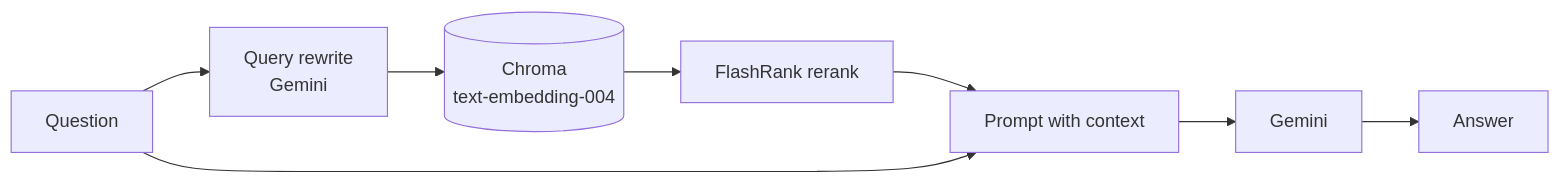
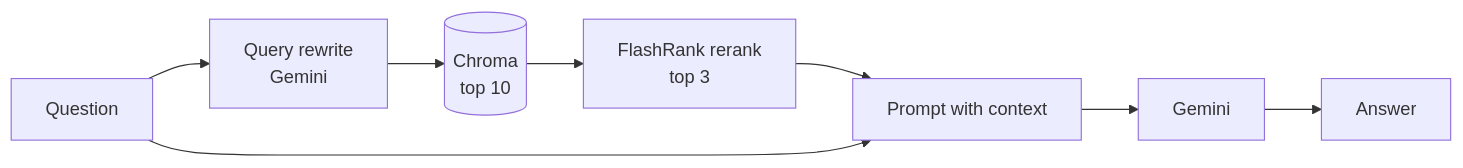
The diagram in README.md (musksah/generic-rag), drawn with Mermaid before and after one commit. The commit also changed other lines of this file and 17 other files, not shown here.

````diff
--- a/README.md
+++ b/README.md
@@ -19,9 +21,9 @@
 ```mermaid
 flowchart LR
     Q[Question] --> RW[Query rewrite<br/>Gemini]
-    RW --> VS[(Chroma<br/>text-embedding-004)]
-    VS --> RR[FlashRank rerank]
+    RW --> VS[(Chroma<br/>top 10)]
+    VS --> RR[FlashRank rerank<br/>top 3]
     RR --> P[Prompt with context]
     Q --> P
     P --> LLM[Gemini] --> A[Answer]
 ```
````
